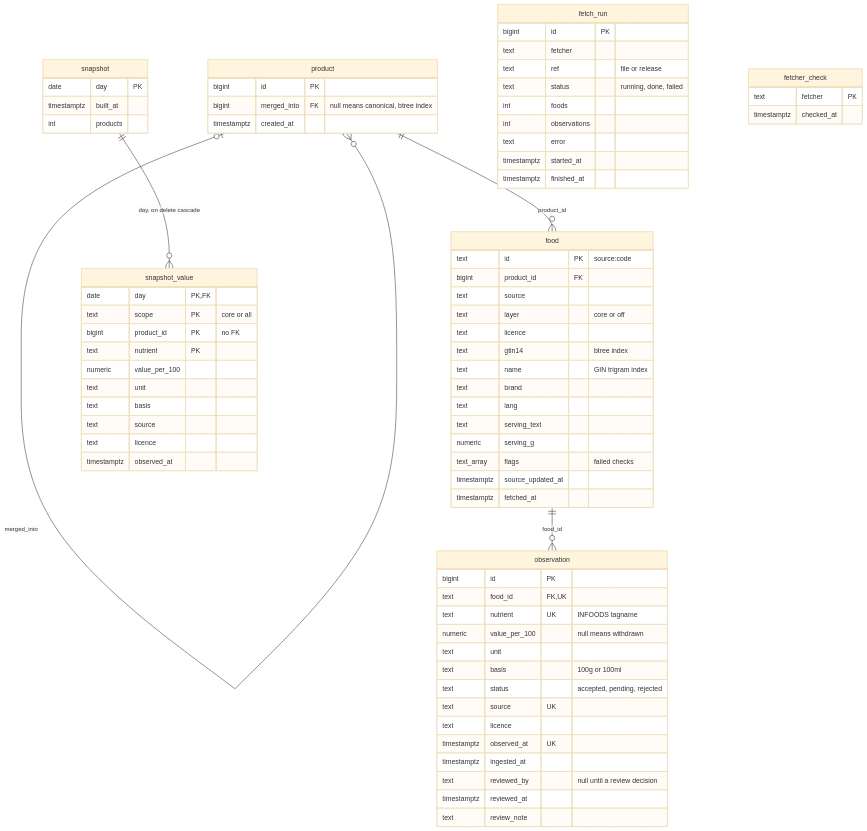
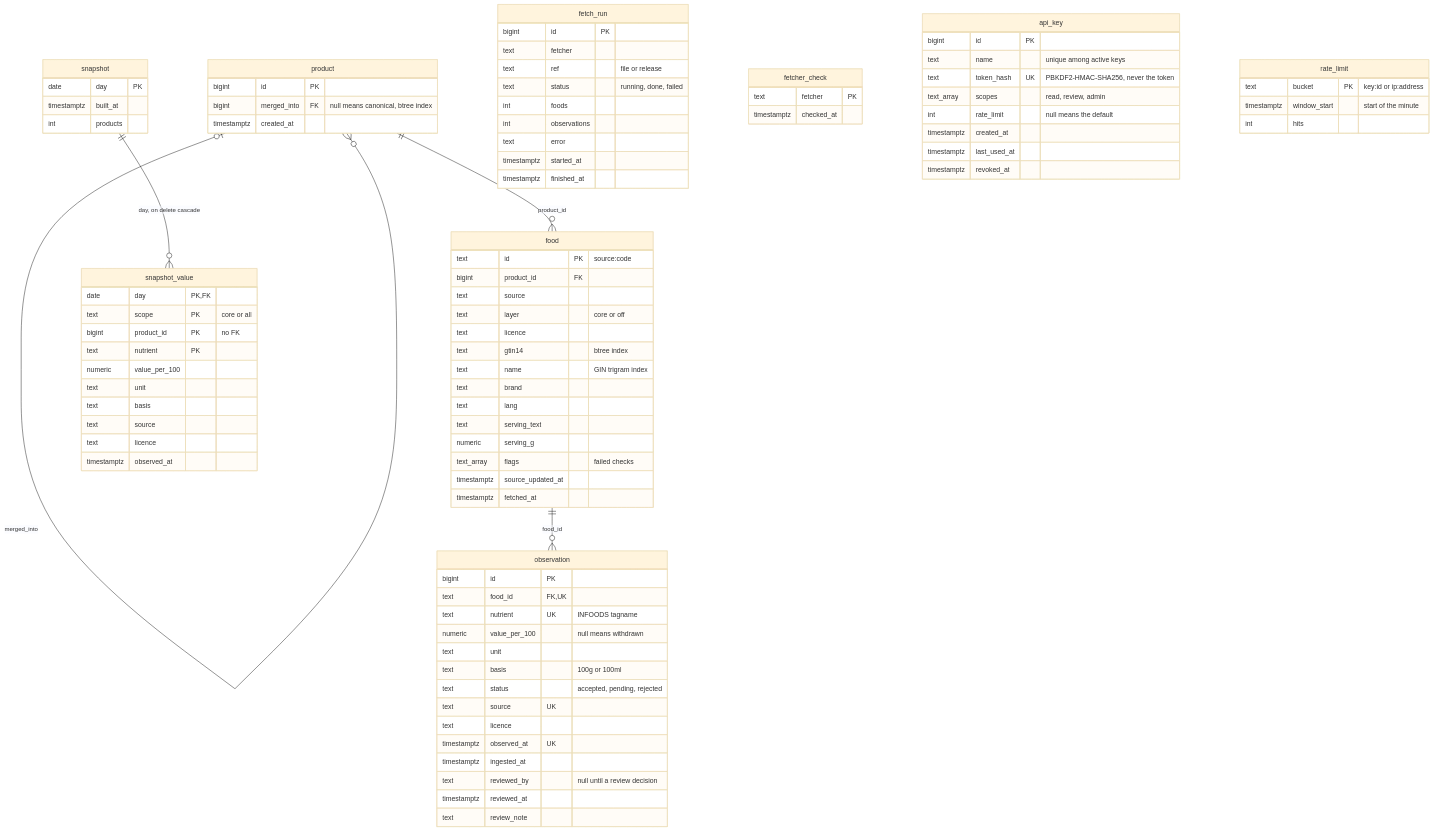
The sixth of 12 diagrams in docs/architecture.md (eait-fit/fooddb), drawn with Mermaid (base theme) before and after one commit. The commit also changed other lines of this file and 16 other files, not shown here.

First line of the commit message:
feat: API keys, scopes and rate limits (closes #10) (#26)

````diff
--- a/docs/architecture.md
+++ b/docs/architecture.md
@@ -472,4 +475,19 @@
         text fetcher PK
         timestamptz checked_at
     }
+    api_key {
+        bigint id PK
+        text name "unique among active keys"
+        text token_hash UK "PBKDF2-HMAC-SHA256, never the token"
+        text_array scopes "read, review, admin"
+        int rate_limit "null means the default"
+        timestamptz created_at
+        timestamptz last_used_at
+        timestamptz revoked_at
+    }
+    rate_limit {
+        text bucket PK "key:id or ip:address"
+        timestamptz window_start "start of the minute"
+        int hits
+    }
 ```
````
